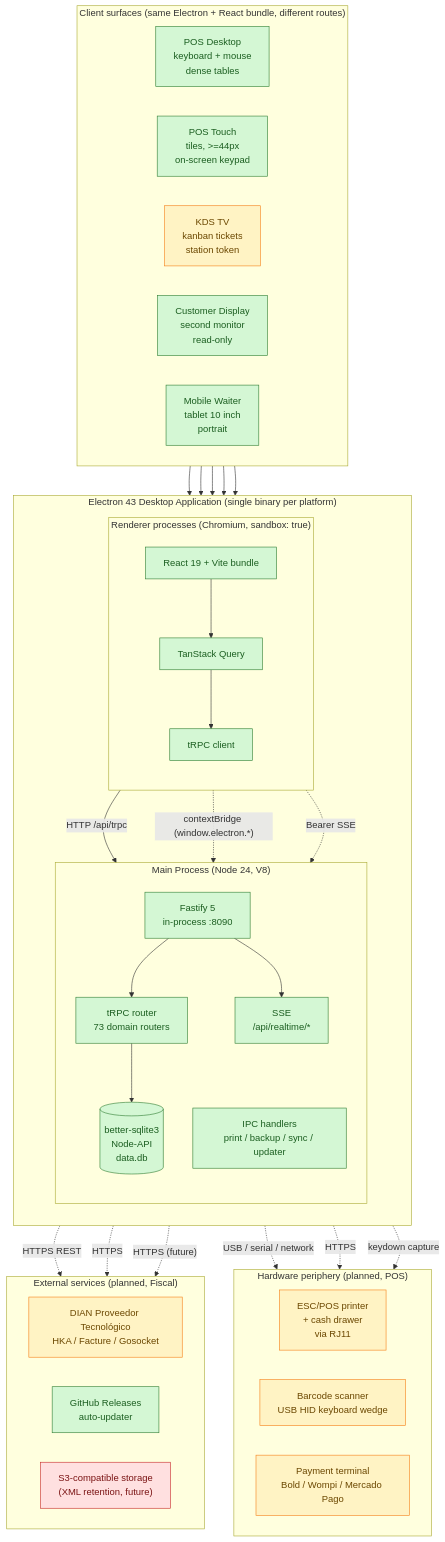
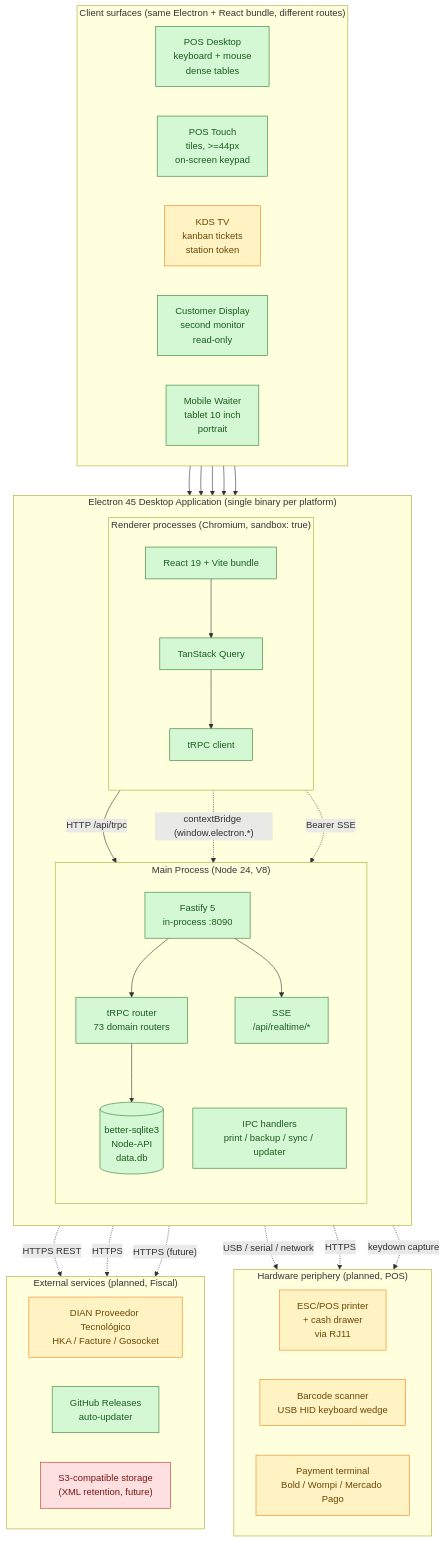
One commit to johnny4young/puntovivo changed the diagram in docs/architecture.mmd. Above: the diagram before and after it, drawn with Mermaid. The commit also changed 16 other files, not shown here.

```diff
--- a/docs/architecture.mmd
+++ b/docs/architecture.mmd
@@ -1,81 +1,81 @@
 %% Puntovivo architecture — high-level process and client surface topology
 %% Render: pnpm dlx @mermaid-js/mermaid-cli -i docs/architecture.mmd -o docs/architecture.svg -b transparent
 %% The -b transparent flag is required: mermaid-cli defaults to a white page
 %% background, which regresses the diagram on dark-mode surfaces. The SVG
 %% root style must keep background-color: transparent after every re-render.
 %% Source of truth for the system diagram embedded in docs/ARCHITECTURE.md and README.md.
 
 flowchart TB
-  subgraph Electron["Electron 43 Desktop Application (single binary per platform)"]
+  subgraph Electron["Electron 45 Desktop Application (single binary per platform)"]
     direction TB
 
     subgraph Main["Main Process (Node 24, V8)"]
       direction TB
       F["Fastify 5<br/>in-process :8090"]
       T["tRPC router<br/>73 domain routers"]
       DB[("better-sqlite3<br/>Node-API<br/>data.db")]
       IPC["IPC handlers<br/>print / backup / sync / updater"]
       SSE["SSE<br/>/api/realtime/*"]
       F --> T
       F --> SSE
       T --> DB
     end
 
     subgraph Renderer["Renderer processes (Chromium, sandbox: true)"]
       direction TB
       R["React 19 + Vite bundle"]
       Q["TanStack Query"]
       C["tRPC client"]
       R --> Q --> C
     end
 
     C -- "HTTP /api/trpc" --> F
     R -. "contextBridge (window.electron.*)" .-> IPC
     R -. "Bearer SSE" .-> SSE
   end
 
   subgraph Surfaces["Client surfaces (same Electron + React bundle, different routes)"]
     direction LR
     POSD["POS Desktop<br/>keyboard + mouse<br/>dense tables"]
     POST["POS Touch<br/>tiles, >=44px<br/>on-screen keypad"]
     KDS["KDS TV<br/>kanban tickets<br/>station token"]
     CUST["Customer Display<br/>second monitor<br/>read-only"]
     MOB["Mobile Waiter<br/>tablet 10 inch<br/>portrait"]
   end
 
   POSD --> Renderer
   POST --> Renderer
   KDS --> Renderer
   CUST --> Renderer
   MOB --> Renderer
 
   subgraph Peripherals["Hardware periphery (planned, POS)"]
     direction LR
     ESCP["ESC/POS printer<br/>+ cash drawer<br/>via RJ11"]
     SCAN["Barcode scanner<br/>USB HID keyboard wedge"]
     DAT["Payment terminal<br/>Bold / Wompi / Mercado Pago"]
   end
 
   IPC -. "USB / serial / network" .-> ESCP
   Renderer -. "keydown capture" .-> SCAN
   T -. "HTTPS" .-> DAT
 
   subgraph External["External services (planned, Fiscal)"]
     direction LR
     PT["DIAN Proveedor Tecnológico<br/>HKA / Facture / Gosocket"]
     UPD["GitHub Releases<br/>auto-updater"]
     S3["S3-compatible storage<br/>(XML retention, future)"]
   end
 
   T -. "HTTPS REST" .-> PT
   IPC -. "HTTPS" .-> UPD
   IPC -. "HTTPS (future)" .-> S3
 
   classDef shipped fill:#d4f7d4,stroke:#2e7d32,color:#1b5e20
   classDef planned fill:#fff3c4,stroke:#f57f17,color:#6b4700
   classDef future fill:#ffe0e0,stroke:#c62828,color:#7a1313
 
   class F,T,DB,IPC,SSE,R,Q,C,POSD,UPD shipped
   class POST,MOB,CUST shipped
   class KDS,ESCP,SCAN,DAT,PT planned
   class S3 future
```
